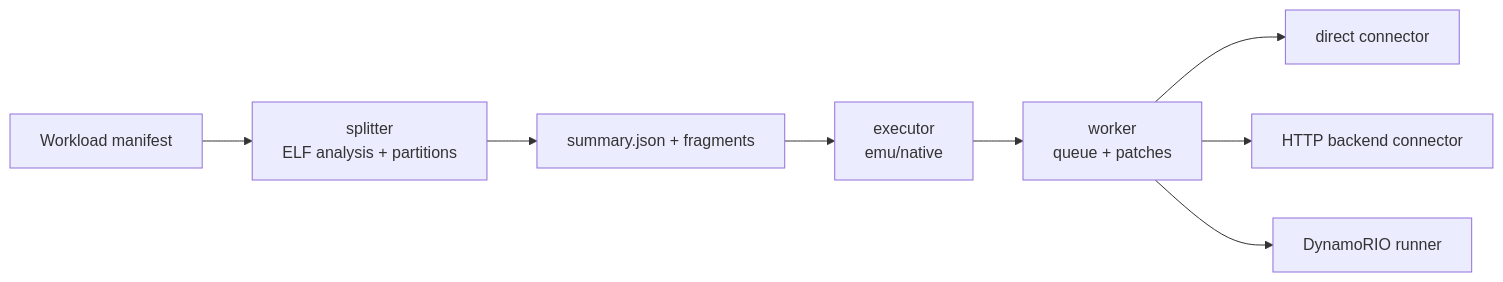
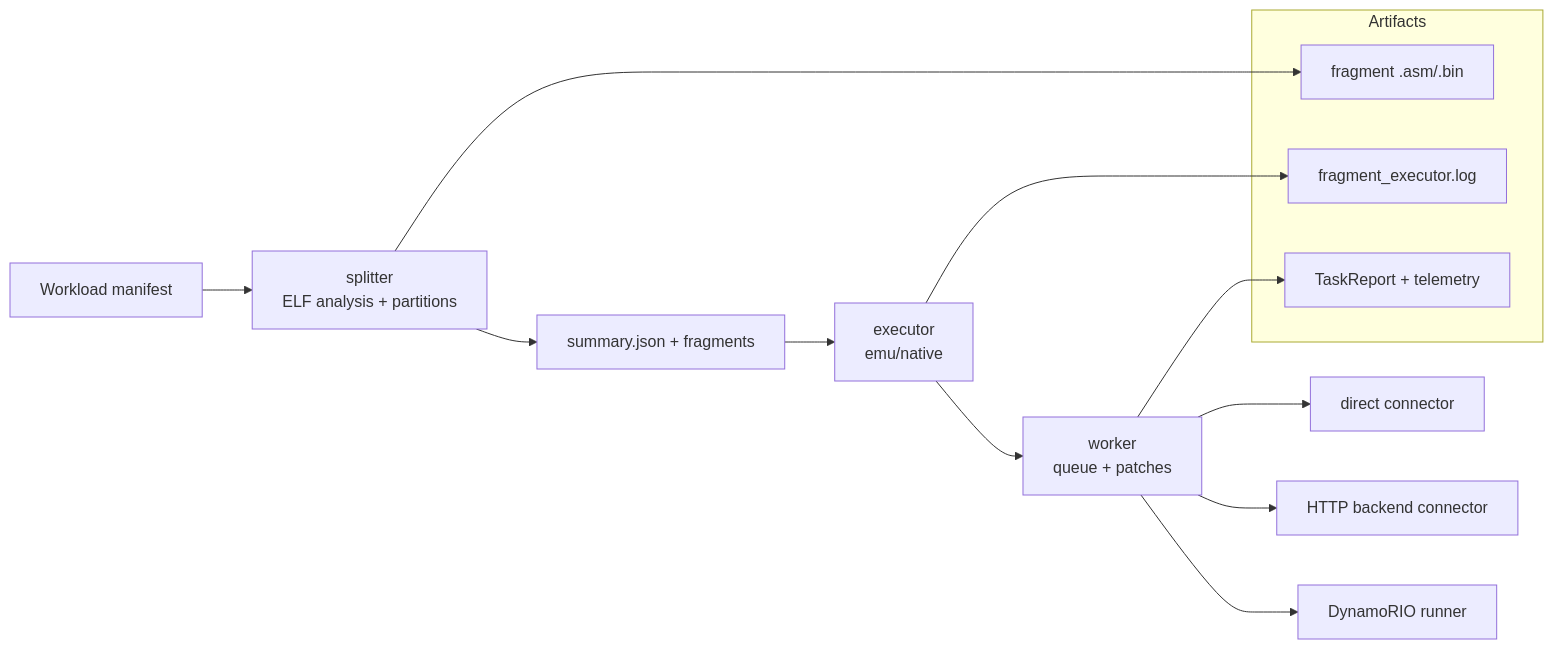
The fourth of 6 diagrams in README.md (Silicium-Project/Fusion), drawn with Mermaid before and after one commit. The commit also changed other lines of this file, not shown here.

Commit message:
Add detailed macro and zoom architecture diagrams

````diff
--- a/README.md
+++ b/README.md
@@ -68,13 +112,22 @@
 ```mermaid
 flowchart LR
   Workload["Workload manifest"] --> Splitter["splitter
 ELF analysis + partitions"]
   Splitter --> Summary["summary.json + fragments"]
   Summary --> Executor["executor
 emu/native"]
   Executor --> Worker["worker
 queue + patches"]
   Worker --> Direct["direct connector"]
   Worker --> HttpBackend["HTTP backend connector"]
   Worker --> Dynamo["DynamoRIO runner"]
+
+  subgraph Artifacts["Artifacts"]
+    Frags["fragment .asm/.bin"]
+    Log["fragment_executor.log"]
+    Reports["TaskReport + telemetry"]
+  end
+  Splitter --> Frags
+  Executor --> Log
+  Worker --> Reports
 ```
````
